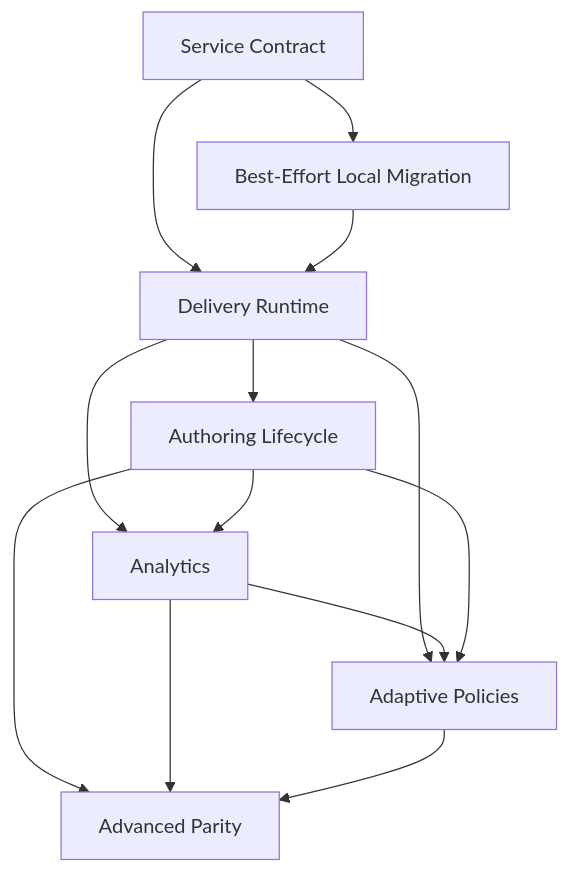
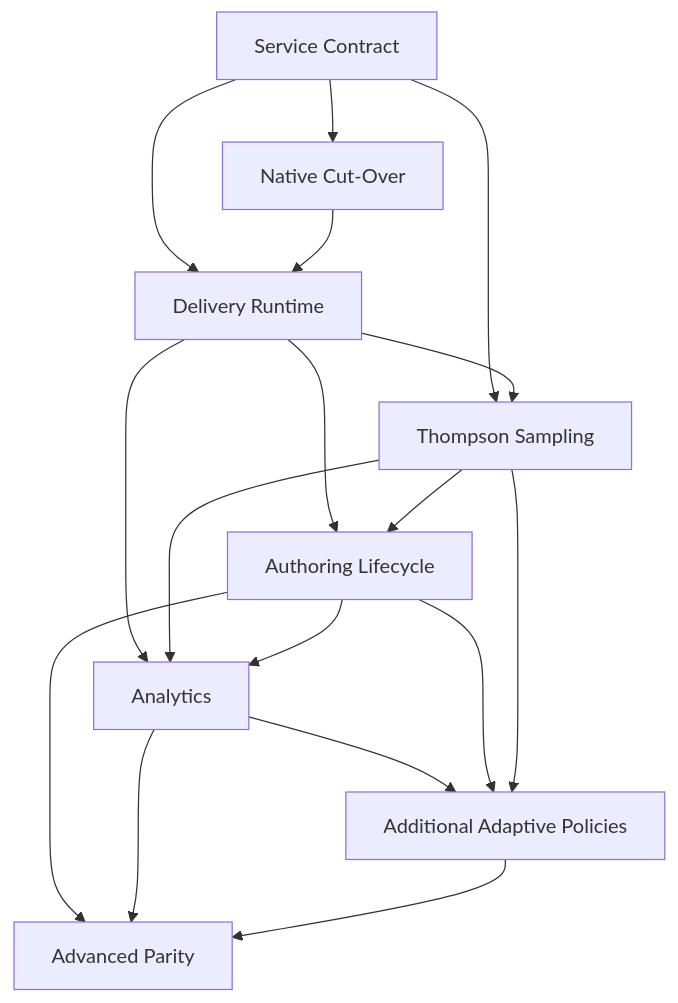
Before and after one commit to Simon-Initiative/oli-torus: the diagram in docs/exec-plans/current/epics/ab_testing/plan.md, drawn with Mermaid. The commit also changed other lines of this file and 2 other files, not shown here.

Commit message:
update plan to include thompson sampling

````diff
--- a/docs/exec-plans/current/epics/ab_testing/plan.md
+++ b/docs/exec-plans/current/epics/ab_testing/plan.md
@@ -302,23 +353,28 @@
 ```mermaid
 flowchart TD
   SERVICE["Service Contract"]
-  MIGRATION["Best-Effort Local Migration"]
+  CUTOVER["Native Cut-Over"]
   DELIVERY["Delivery Runtime"]
+  TS["Thompson Sampling"]
   AUTHORING["Authoring Lifecycle"]
   ANALYTICS["Analytics"]
-  ADAPTIVE["Adaptive Policies"]
+  ADAPTIVE["Additional Adaptive Policies"]
   PARITY["Advanced Parity"]
 
-  SERVICE --> MIGRATION
+  SERVICE --> CUTOVER
   SERVICE --> DELIVERY
-  MIGRATION --> DELIVERY
+  SERVICE --> TS
+  CUTOVER --> DELIVERY
   DELIVERY --> AUTHORING
+  DELIVERY --> TS
+  TS --> AUTHORING
   DELIVERY --> ANALYTICS
+  TS --> ANALYTICS
   AUTHORING --> ANALYTICS
-  DELIVERY --> ADAPTIVE
   ANALYTICS --> ADAPTIVE
   AUTHORING --> ADAPTIVE
+  TS --> ADAPTIVE
   AUTHORING --> PARITY
   ANALYTICS --> PARITY
   ADAPTIVE --> PARITY
 ```
````
